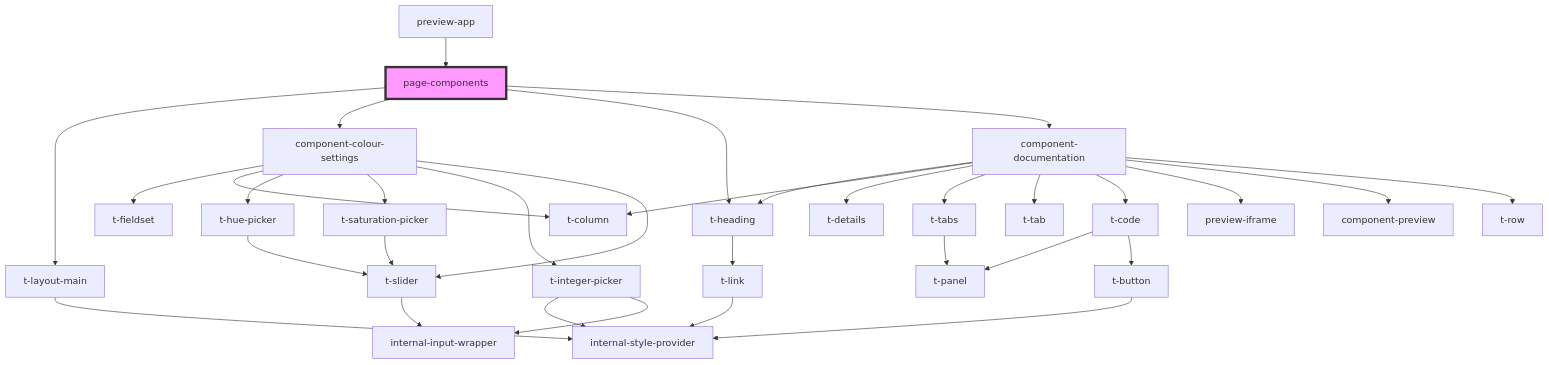
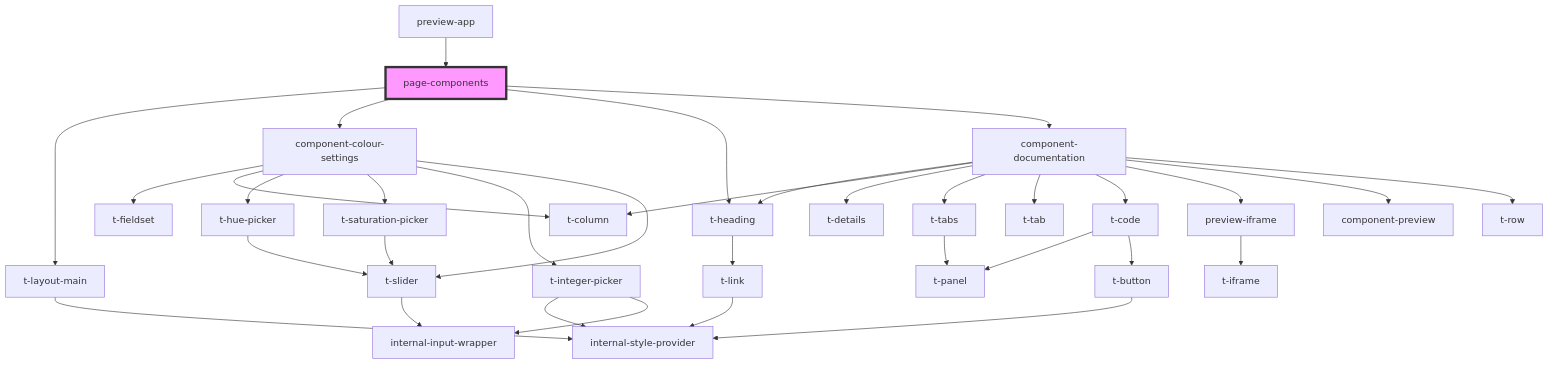
One commit to TomasEng/web-components changed the diagram in packages/t-web-components/src/preview-app/page-components/readme.md. Above: the diagram before and after it, drawn with Mermaid. The commit also changed 12 other files, not shown here.

````diff
--- a/packages/t-web-components/src/preview-app/page-components/readme.md
+++ b/packages/t-web-components/src/preview-app/page-components/readme.md
@@ -36,36 +36,37 @@
 ```mermaid
 graph TD;
   page-components --> t-layout-main
   page-components --> component-colour-settings
   page-components --> t-heading
   page-components --> component-documentation
   t-layout-main --> internal-style-provider
   component-colour-settings --> t-fieldset
   component-colour-settings --> t-column
   component-colour-settings --> t-hue-picker
   component-colour-settings --> t-saturation-picker
   component-colour-settings --> t-integer-picker
   component-colour-settings --> t-slider
   t-hue-picker --> t-slider
   t-slider --> internal-input-wrapper
   t-saturation-picker --> t-slider
   t-integer-picker --> internal-style-provider
   t-integer-picker --> internal-input-wrapper
   t-heading --> t-link
   t-link --> internal-style-provider
   component-documentation --> t-heading
   component-documentation --> t-column
   component-documentation --> t-details
   component-documentation --> t-tabs
   component-documentation --> t-tab
   component-documentation --> t-code
   component-documentation --> preview-iframe
   component-documentation --> component-preview
   component-documentation --> t-row
   t-tabs --> t-panel
   t-code --> t-panel
   t-code --> t-button
   t-button --> internal-style-provider
+  preview-iframe --> t-iframe
   preview-app --> page-components
   style page-components fill:#f9f,stroke:#333,stroke-width:4px
 ```
````
